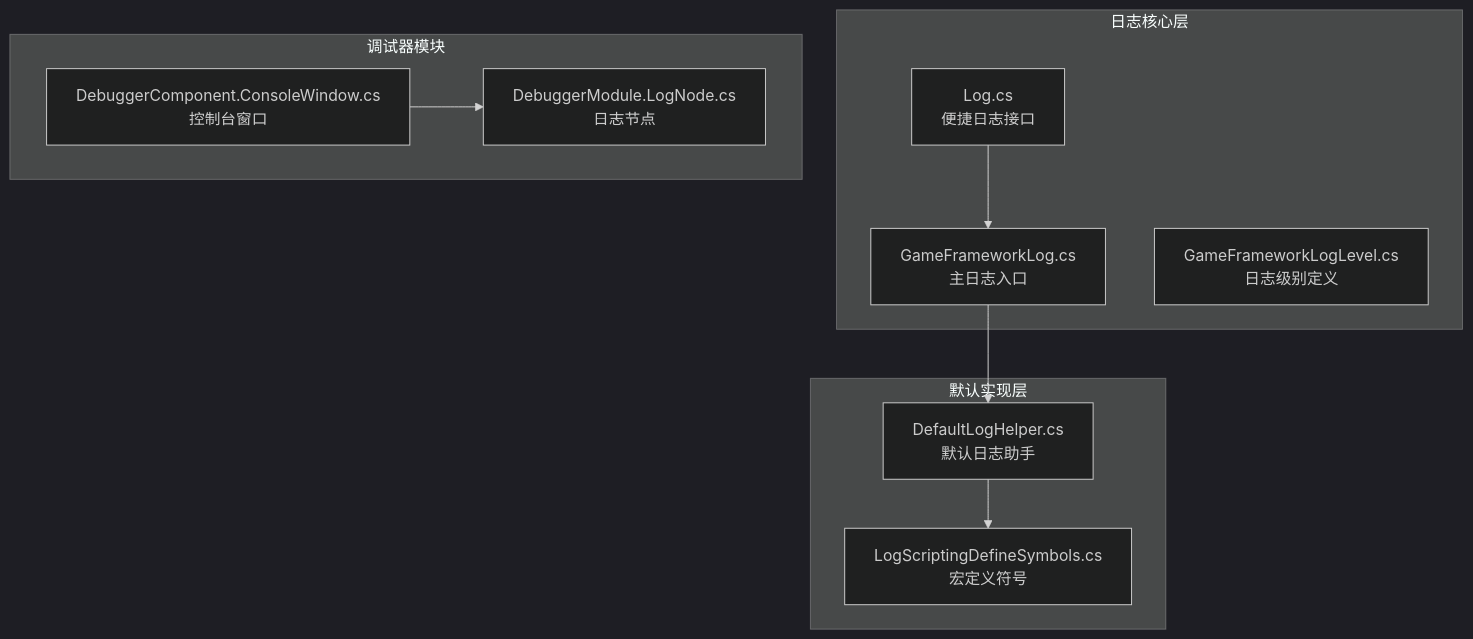
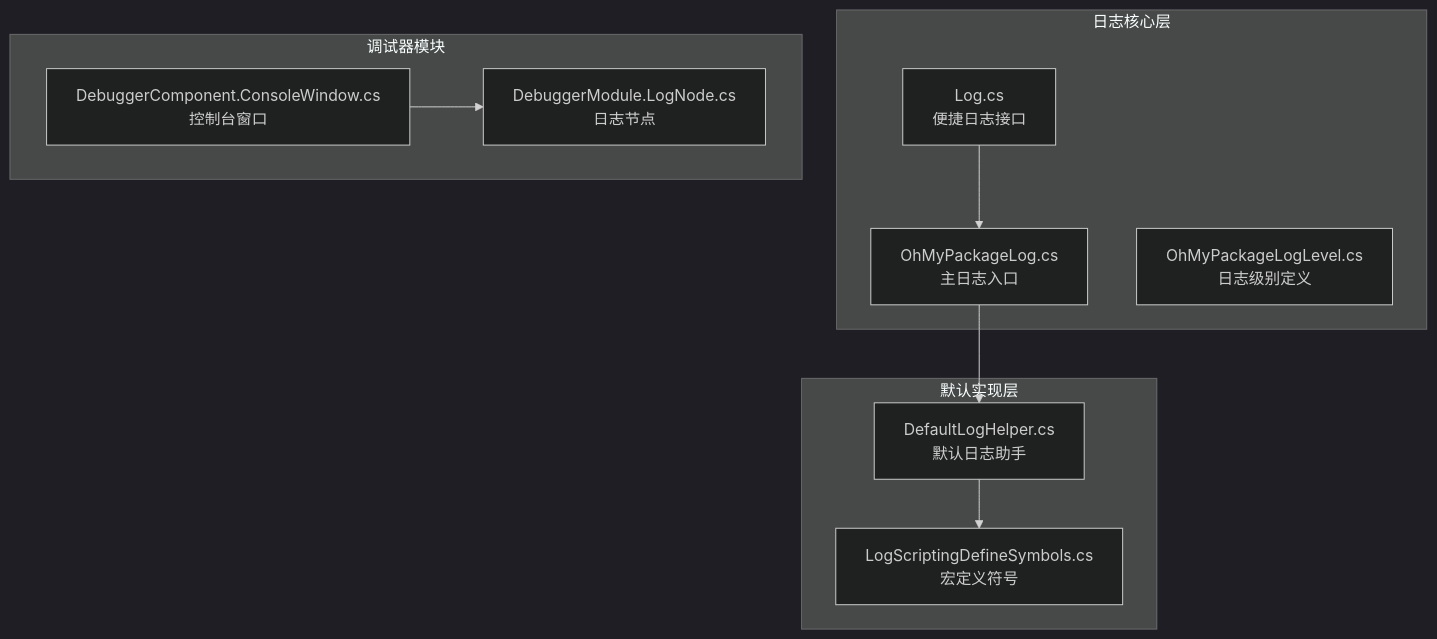
The first of 8 diagrams in repowiki/zh/content/性能优化/调试器工具/控制台日志系统.md (OxygenIsland/MyGame), drawn with Mermaid (dark theme) before and after one commit. The commit also changed other lines of this file and 34 other files, not shown here.

````diff
--- a/repowiki/zh/content/性能优化/调试器工具/控制台日志系统.md
+++ b/repowiki/zh/content/性能优化/调试器工具/控制台日志系统.md
@@ -36,20 +36,20 @@
 ```mermaid
 graph TB
 subgraph "日志核心层"
-A[GameFrameworkLog.cs<br/>主日志入口]
-B[GameFrameworkLogLevel.cs<br/>日志级别定义]
+A[OhMyPackageLog.cs<br/>主日志入口]
+B[OhMyPackageLogLevel.cs<br/>日志级别定义]
 C[Log.cs<br/>便捷日志接口]
 end
 subgraph "默认实现层"
 D[DefaultLogHelper.cs<br/>默认日志助手]
 E[LogScriptingDefineSymbols.cs<br/>宏定义符号]
 end
 subgraph "调试器模块"
 F[DebuggerComponent.ConsoleWindow.cs<br/>控制台窗口]
 G[DebuggerModule.LogNode.cs<br/>日志节点]
 end
 A --> D
 C --> A
 F --> G
 D --> E
 ```
````
